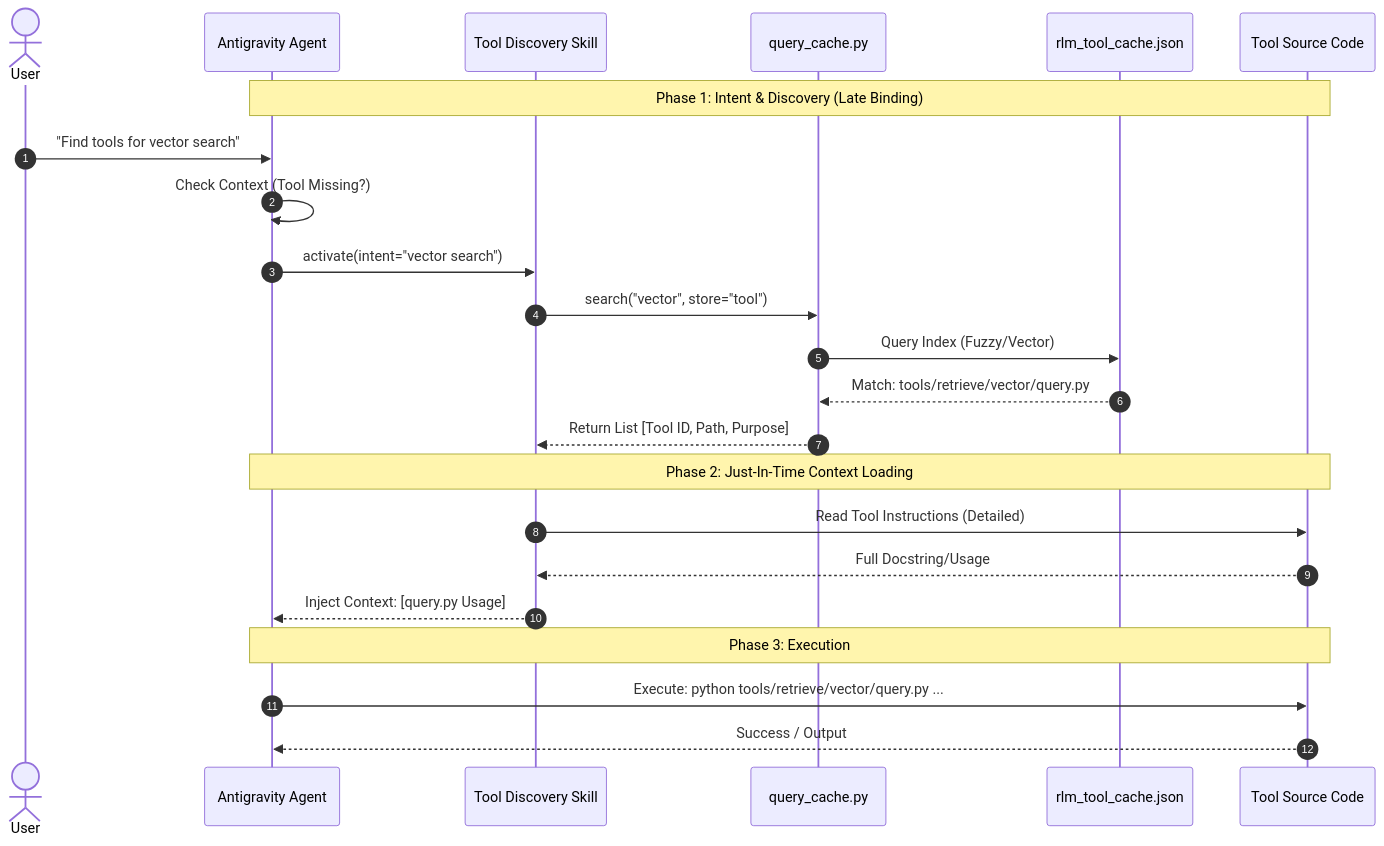
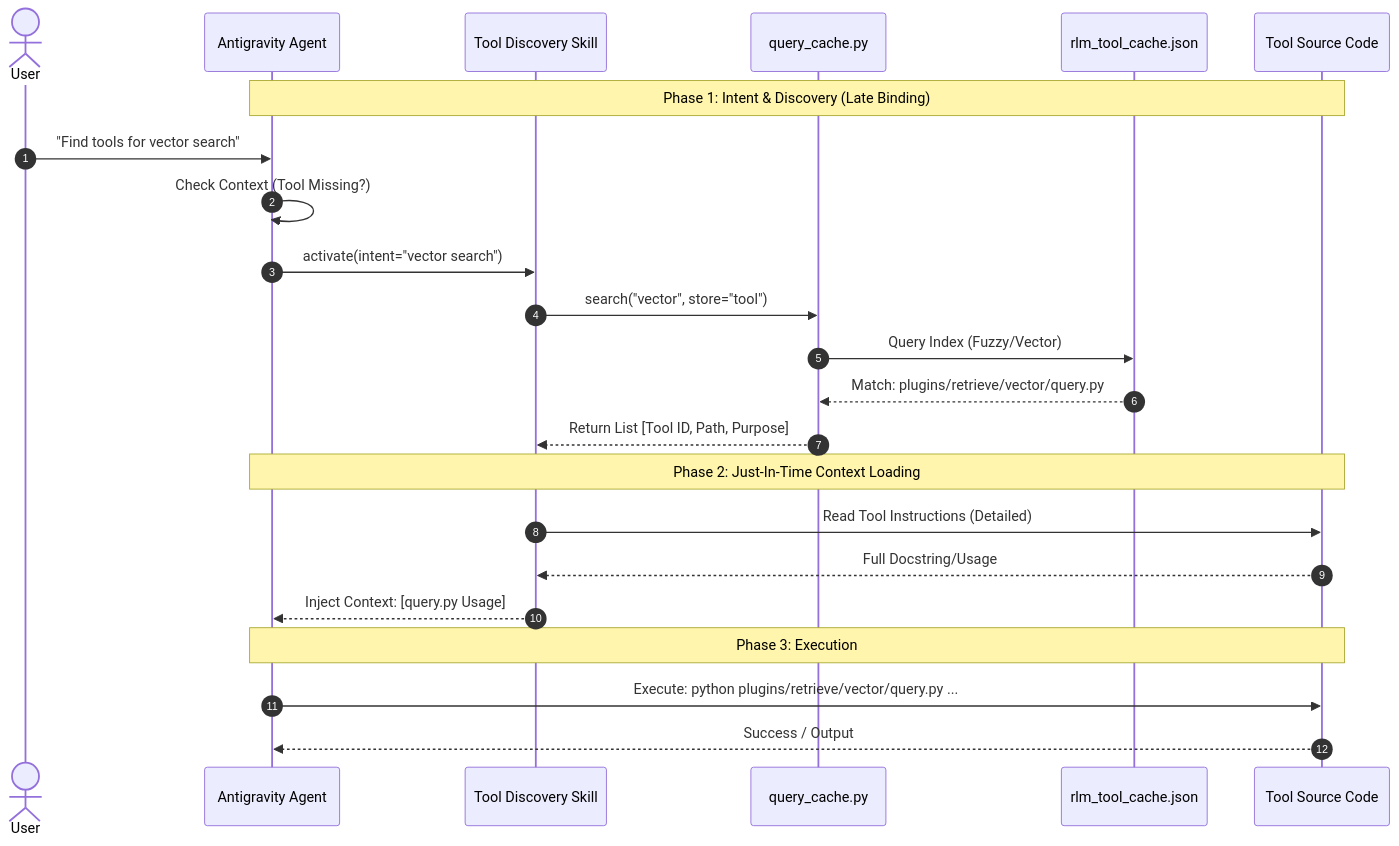
The diagram in .agent/skills/rlm-curator/references/rlm_late_binding_flow.mmd (richfrem/Project_Sanctuary), drawn with Mermaid before and after one commit. The commit also changed 1329 other files, not shown here.

```diff
--- a/.agent/skills/rlm-curator/references/rlm_late_binding_flow.mmd
+++ b/.agent/skills/rlm-curator/references/rlm_late_binding_flow.mmd
@@ -1,27 +1,27 @@
 sequenceDiagram
     autonumber
     actor User
     participant Agent as Antigravity Agent
     participant Skill as Tool Discovery Skill
     participant Search as query_cache.py
     participant Cache as rlm_tool_cache.json
     participant FileSystem as Tool Source Code
 
     note over Agent, FileSystem: Phase 1: Intent & Discovery (Late Binding)
     User->>Agent: "Find tools for vector search"
     Agent->>Agent: Check Context (Tool Missing?)
     Agent->>Skill: activate(intent="vector search")
     
     Skill->>Search: search("vector", store="tool")
     Search->>Cache: Query Index (Fuzzy/Vector)
-    Cache-->>Search: Match: tools/retrieve/vector/query.py
+    Cache-->>Search: Match: plugins/retrieve/vector/query.py
     Search-->>Skill: Return List [Tool ID, Path, Purpose]
 
     note over Agent, FileSystem: Phase 2: Just-In-Time Context Loading
     Skill->>FileSystem: Read Tool Instructions (Detailed)
     FileSystem-->>Skill: Full Docstring/Usage
     Skill-->>Agent: Inject Context: [query.py Usage]
 
     note over Agent, FileSystem: Phase 3: Execution
-    Agent->>FileSystem: Execute: python tools/retrieve/vector/query.py ...
+    Agent->>FileSystem: Execute: python plugins/retrieve/vector/query.py ...
     FileSystem-->>Agent: Success / Output
```
